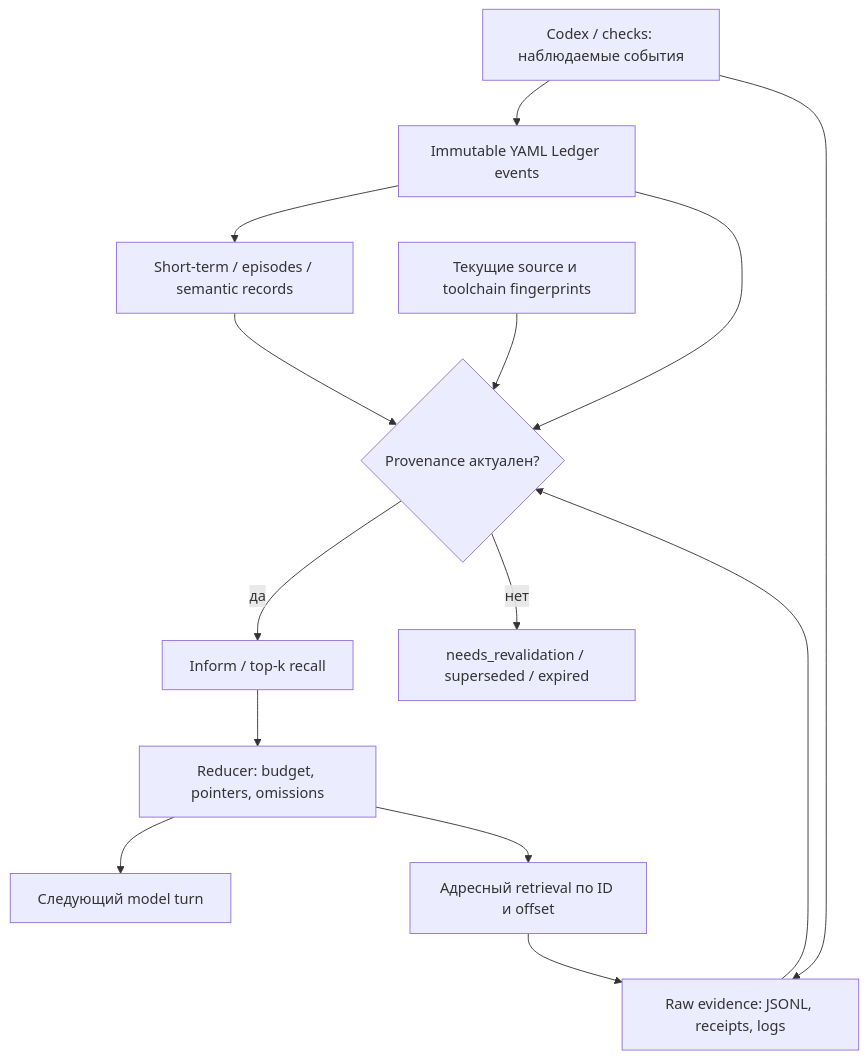
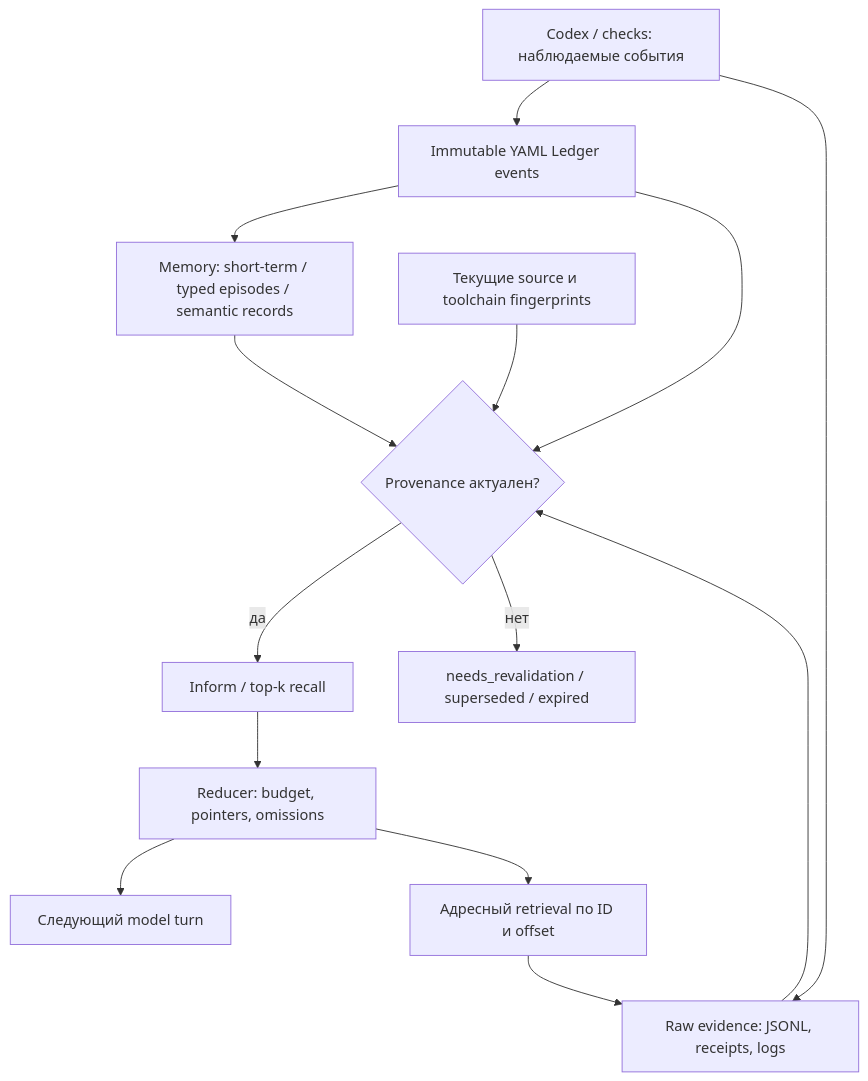
One commit to SUKUNA-AI/agent-harness changed the diagram in docs/MEMORY_AND_CONTEXT_RU.md. Above: the diagram before and after it, drawn with Mermaid. The commit also changed other lines of this file and 62 other files, not shown here.

First line of the commit message:
docs: align all current guides and diagrams with Agent Harness 1.6.0

````diff
--- a/docs/MEMORY_AND_CONTEXT_RU.md
+++ b/docs/MEMORY_AND_CONTEXT_RU.md
@@ -17,16 +17,16 @@
 ```mermaid
 flowchart TD
     C["Codex / checks: наблюдаемые события"] --> L["Immutable YAML Ledger events"]
     C --> R["Raw evidence: JSONL, receipts, logs"]
-    L --> M["Short-term / episodes / semantic records"]
+    L --> M["Memory: short-term / typed episodes / semantic records"]
     S["Текущие source и toolchain fingerprints"] --> V{"Provenance актуален?"}
     M --> V
     L --> V
     R --> V
     V -->|"да"| I["Inform / top-k recall"]
     V -->|"нет"| X["needs_revalidation / superseded / expired"]
     I --> D["Reducer: budget, pointers, omissions"]
     D --> P["Следующий model turn"]
     D --> Q["Адресный retrieval по ID и offset"]
     Q --> R
 ```
````
